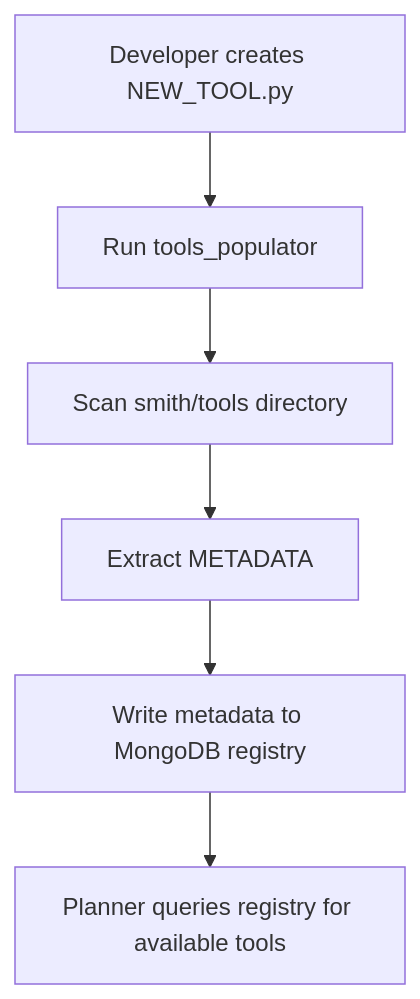
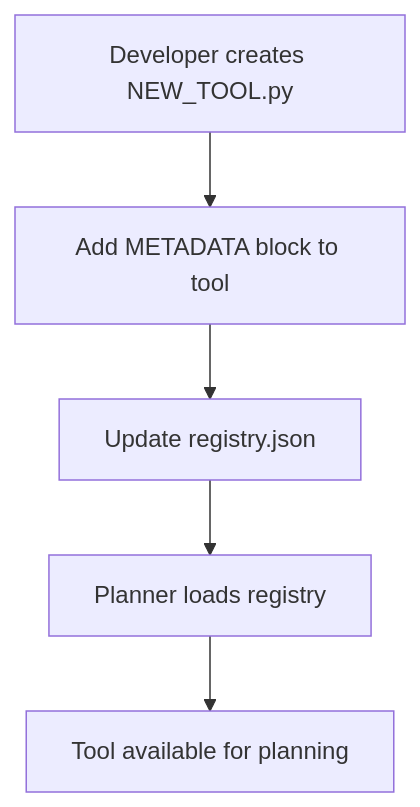
Before and after one commit to Karunya-Muddana/project-smith: the fourth of 8 diagrams in docs/architecture.md, drawn with Mermaid. The commit also changed other lines of this file and 28 other files, not shown here.

````diff
--- a/docs/architecture.md
+++ b/docs/architecture.md
@@ -146,12 +146,11 @@
 ```mermaid
 flowchart TD
 
 A[Developer creates NEW_TOOL.py]
-B[Run tools_populator]
-C[Scan smith/tools directory]
-D[Extract METADATA]
-E[Write metadata to MongoDB registry]
-F[Planner queries registry for available tools]
+B[Add METADATA block to tool]
+C[Update registry.json]
+D[Planner loads registry]
+E[Tool available for planning]
 
-A --> B --> C --> D --> E --> F
+A --> B --> C --> D --> E
 ```
````
